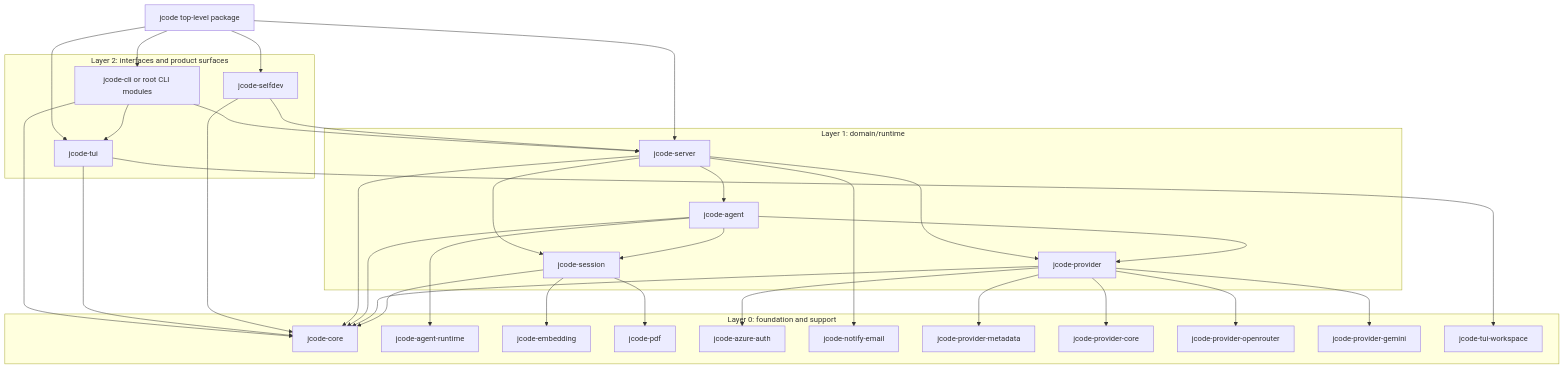
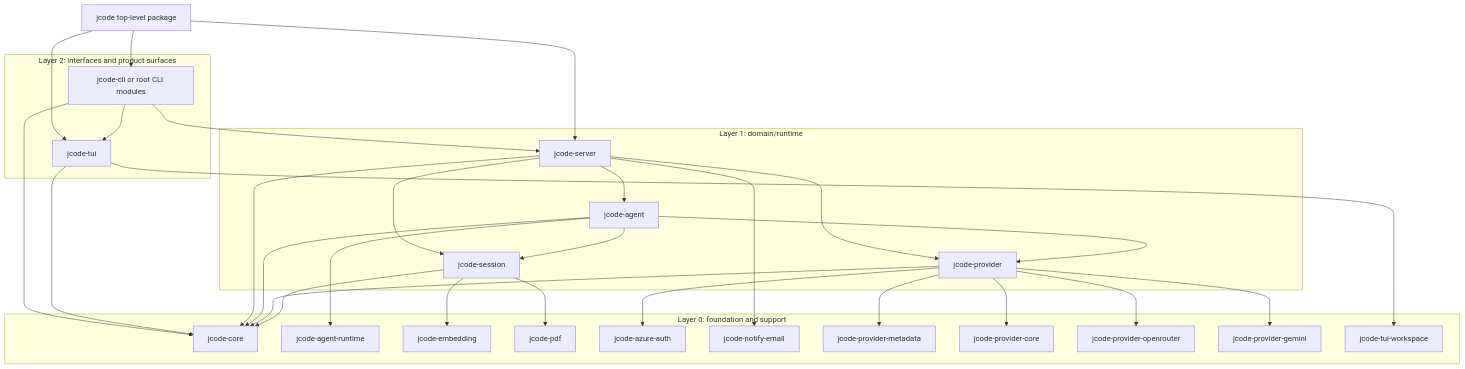
One commit to indrajeetadityaroy9/jcode changed the second of 2 diagrams in docs/MODULAR_ARCHITECTURE_RFC.md. Above: the diagram before and after it, drawn with Mermaid. The commit also changed other lines of this file and 329 other files, not shown here.

````diff
--- a/docs/MODULAR_ARCHITECTURE_RFC.md
+++ b/docs/MODULAR_ARCHITECTURE_RFC.md
@@ -224,68 +223,63 @@
 ```mermaid
 flowchart TD
   App[jcode top-level package]
 
   subgraph L2[Layer 2: interfaces and product surfaces]
     TUI[jcode-tui]
-    SelfDev[jcode-selfdev]
     CLI[jcode-cli or root CLI modules]
   end
 
   subgraph L1[Layer 1: domain/runtime]
     Server[jcode-server]
     Agent[jcode-agent]
     Provider[jcode-provider]
     Session[jcode-session]
   end
 
   subgraph L0[Layer 0: foundation and support]
     Core[jcode-core]
     AR[jcode-agent-runtime]
     Emb[jcode-embedding]
     PDF[jcode-pdf]
     Azure[jcode-azure-auth]
     Mail[jcode-notify-email]
     PMeta[jcode-provider-metadata]
     PCore[jcode-provider-core]
     POR[jcode-provider-openrouter]
     PGem[jcode-provider-gemini]
     TW[jcode-tui-workspace]
   end
 
   App --> Server
   App --> TUI
-  App --> SelfDev
   App --> CLI
 
   CLI --> Server
   CLI --> TUI
   CLI --> Core
 
   TUI --> Core
   TUI --> TW
-
-  SelfDev --> Server
-  SelfDev --> Core
 
   Server --> Agent
   Server --> Provider
   Server --> Session
   Server --> Core
   Server --> Mail
 
   Agent --> Provider
   Agent --> Session
   Agent --> Core
   Agent --> AR
 
   Provider --> Core
   Provider --> PCore
   Provider --> PMeta
   Provider --> POR
   Provider --> PGem
   Provider --> Azure
 
   Session --> Core
   Session --> Emb
   Session --> PDF
 ```
````
